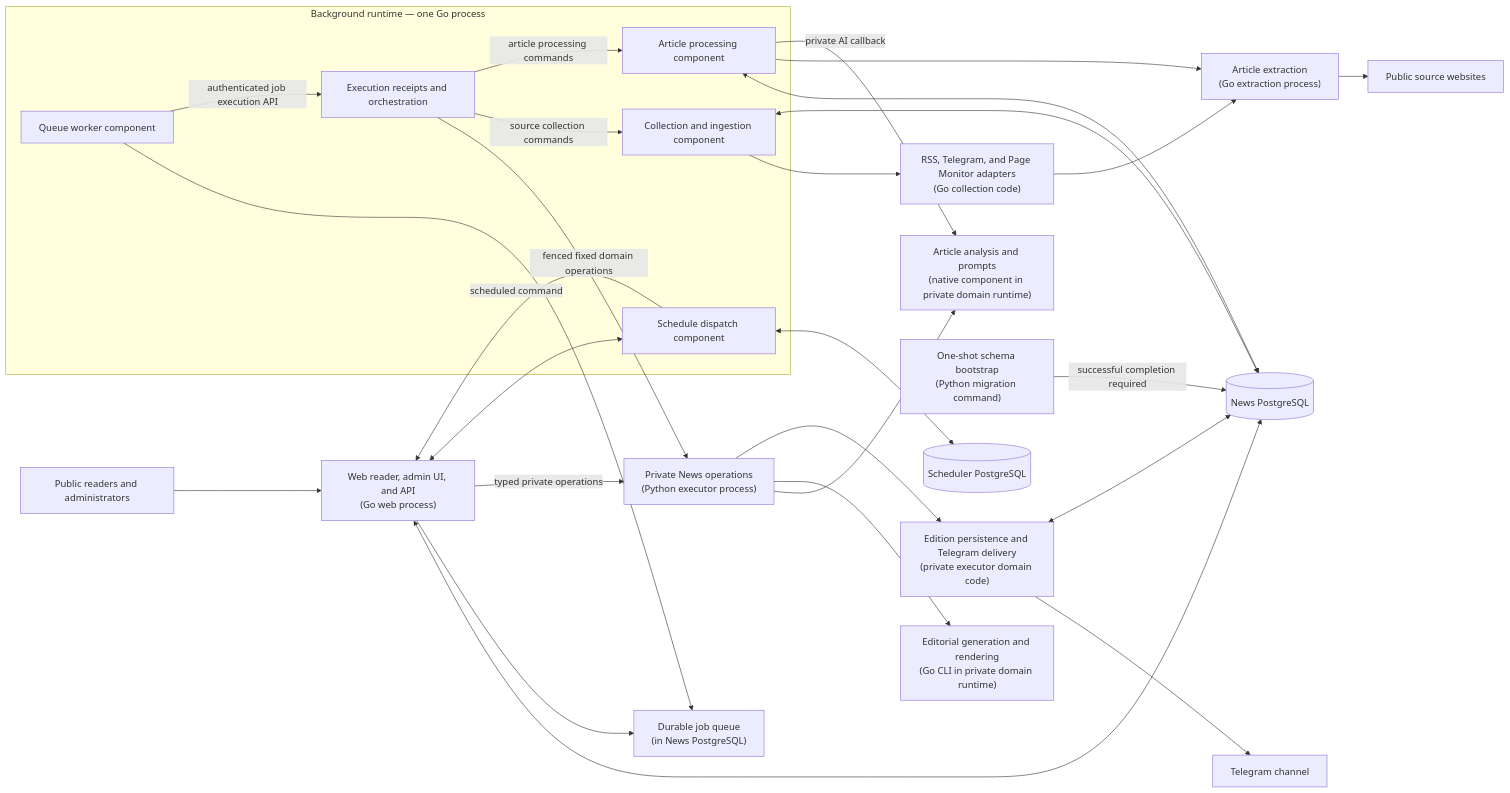
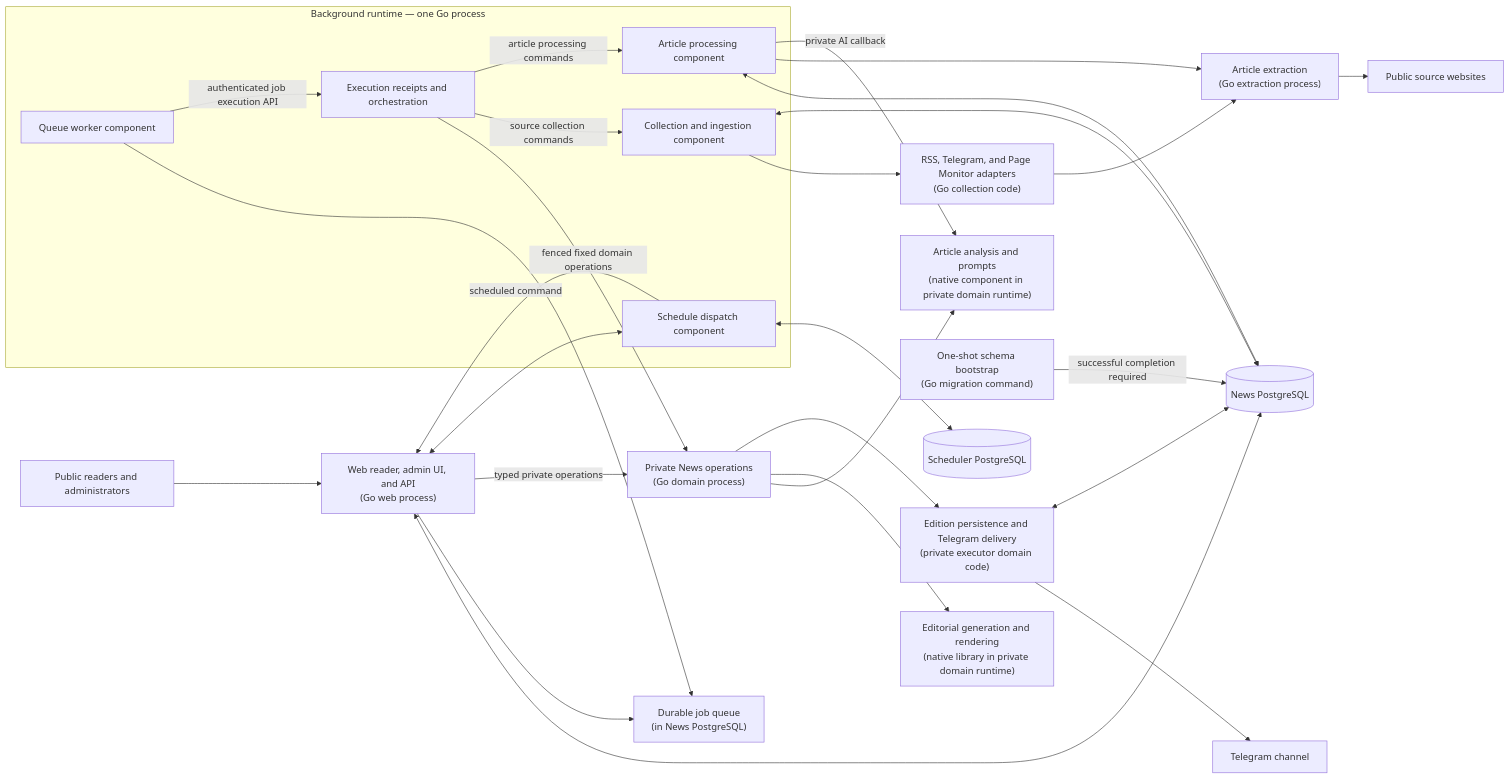
The diagram in README.md (Dzarlax-AI/evening-news), drawn with Mermaid before and after one commit. The commit also changed other lines of this file and 9 other files, not shown here.

Commit message:
test(domain): probe isolated images and restore both PostgreSQL versions

````diff
--- a/README.md
+++ b/README.md
@@ -19,50 +19,50 @@
 ```mermaid
 flowchart LR
-    Reader[Public readers and administrators]
+    Reader["Public readers and administrators"]
     Web["Web reader, admin UI, and API<br/>(Go web process)"]
-    NewsDB[(News PostgreSQL)]
+    NewsDB[("News PostgreSQL")]
     Jobs["Durable job queue<br/>(in News PostgreSQL)"]
     subgraph Background["Background runtime — one Go process"]
       Scheduler["Schedule dispatch component"]
       Worker["Queue worker component"]
       Execution["Execution receipts and orchestration"]
       Ingestion["Collection and ingestion component"]
       Processing["Article processing component"]
     end
-    Domain["Private News operations<br/>(Python executor process)"]
+    Domain["Private News operations<br/>(Go domain process)"]
     AI["Article analysis and prompts<br/>(native component in private domain runtime)"]
-    Editorial["Editorial generation and rendering<br/>(Go CLI in private domain runtime)"]
+    Editorial["Editorial generation and rendering<br/>(native library in private domain runtime)"]
     Delivery["Edition persistence and Telegram delivery<br/>(private executor domain code)"]
     Sources["RSS, Telegram, and Page Monitor adapters<br/>(Go collection code)"]
     Extract["Article extraction<br/>(Go extraction process)"]
-    SchedulerDB[(Scheduler PostgreSQL)]
-    Migrate["One-shot schema bootstrap<br/>(Python migration command)"]
-    Internet[Public source websites]
-    Telegram[Telegram channel]
+    SchedulerDB[("Scheduler PostgreSQL")]
+    Migrate["One-shot schema bootstrap<br/>(Go migration command)"]
+    Internet["Public source websites"]
+    Telegram["Telegram channel"]
 
     Reader --> Web
     Web <--> NewsDB
     Web --> Jobs
     Worker --> Jobs
     Worker -->|authenticated job execution API| Execution
     Execution -->|fenced fixed domain operations| Domain
     Execution -->|source collection commands| Ingestion
     Execution -->|article processing commands| Processing
     Ingestion --> Sources
     Ingestion <--> NewsDB
     Sources --> Extract
     Extract --> Internet
     Processing <--> NewsDB
     Processing --> Extract
     Processing -->|private AI callback| AI
     Domain --> AI
     Domain --> Editorial
     Domain --> Delivery
     Delivery --> Telegram
     Delivery <--> NewsDB
     Web -->|typed private operations| Domain
     Web <--> Scheduler
     Scheduler <--> SchedulerDB
     Scheduler -->|scheduled command| Web
     Migrate -->|successful completion required| NewsDB
 ```
````
